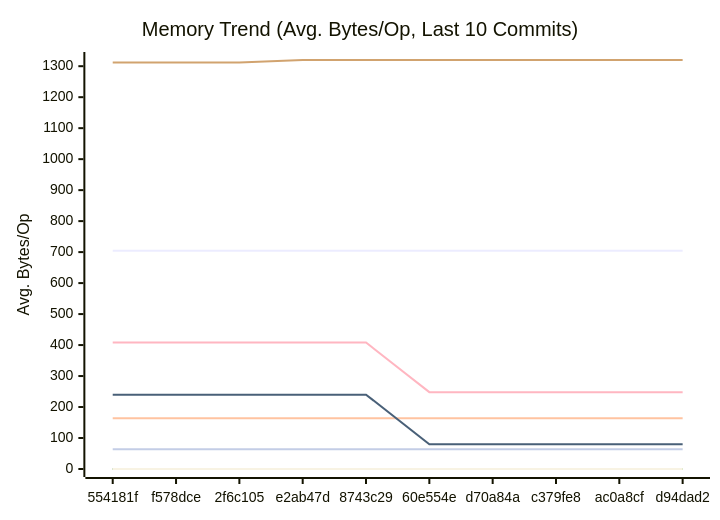
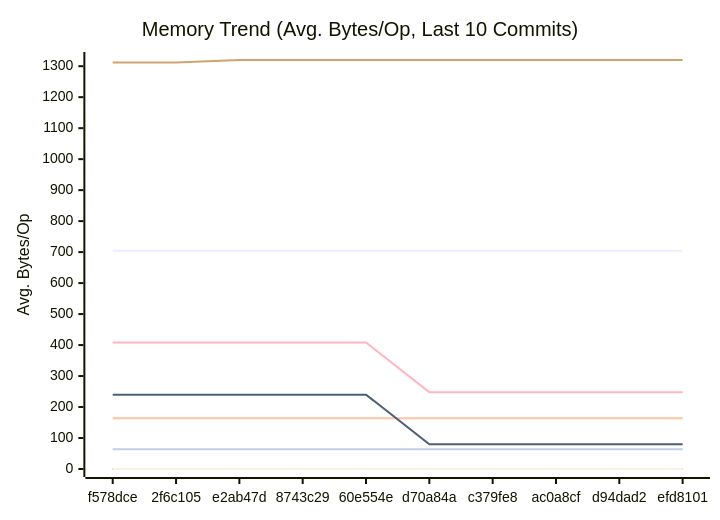
The second of 3 diagrams in docs/PERFORMANCE.md (alsotoes/momo), drawn with Mermaid before and after one commit. The commit also changed other lines of this file and 3 other files, not shown here.

````diff
--- a/docs/PERFORMANCE.md
+++ b/docs/PERFORMANCE.md
@@ -152,18 +152,18 @@
 ```mermaid
 xychart-beta
     title "Memory Trend (Avg. Bytes/Op, Last 10 Commits)"
     x-axis "Commit"
     y-axis "Avg. Bytes/Op"
-    x-axis [554181f,f578dce,2f6c105,e2ab47d,8743c29,60e554e,d70a84a,c379fe8,ac0a8cf,d94dad2]
+    x-axis [f578dce,2f6c105,e2ab47d,8743c29,60e554e,d70a84a,c379fe8,ac0a8cf,d94dad2,efd8101]
     line "CheckMetricsAndSwap" [0,0,0,0,0,0,0,0,0,0]
     line "CrushOptimized" [0,0,0,0,0,0,0,0,0,0]
     line "CrushOriginal" [164,164,164,164,164,164,164,164,164,164]
     line "IndexDirectTracking" [0,0,0,0,0,0,0,0,0,0]
     line "IndexSearch" [0,0,0,0,0,0,0,0,0,0]
-    line "LoadGlobalConfig" [1312,1312,1312,1320,1320,1320,1320,1320,1320,1320]
+    line "LoadGlobalConfig" [1312,1312,1320,1320,1320,1320,1320,1320,1320,1320]
     line "PadString" [64,64,64,64,64,64,64,64,64,64]
     line "ParseReplicationOrder_NoPrealloc" [408,408,408,408,408,248,248,248,248,248]
     line "ParseReplicationOrder_Prealloc" [240,240,240,240,240,80,80,80,80,80]
     line "SanitizeLog/Safe" [0,0,0,0,0,0,0,0,0,0]
     line "SanitizeLog/Unsafe" [704,704,704,704,704,704,704,704,704,704]
 ```
````
